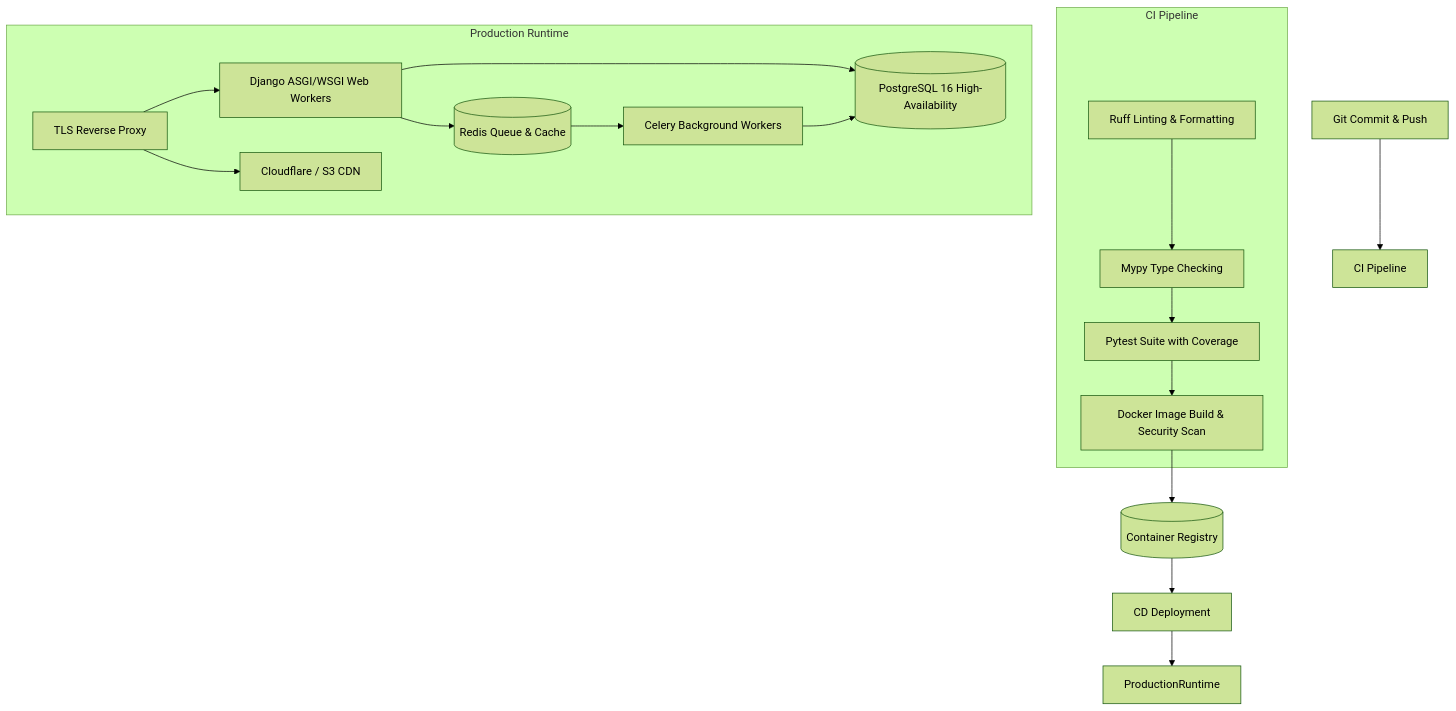
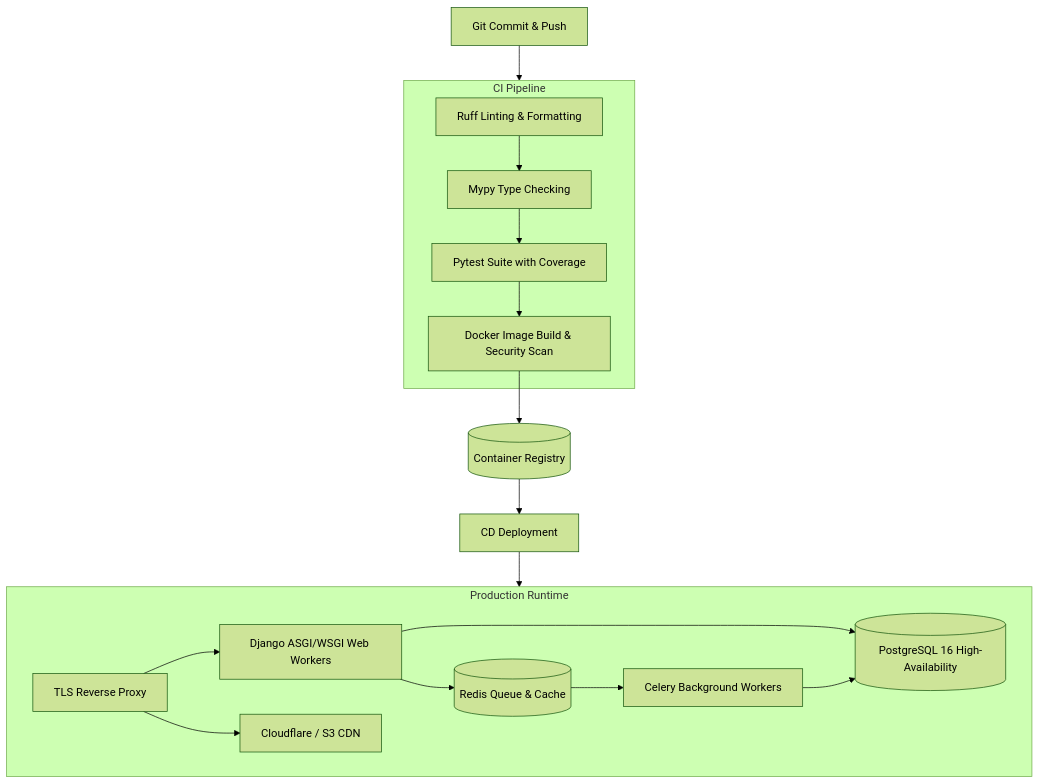
One commit to bendeze/portfolio-frontend changed the eighth of 8 diagrams in content/articles/2026/django-application-design-from-requirements-to-production.md. Above: the diagram before and after it, drawn with Mermaid (forest theme). The commit also changed other lines of this file and 4 other files, not shown here.

Commit message:
fix(diagrams): preserve newlines from syntax highlighter AST and fix diagram rendering

````diff
--- a/content/articles/2026/django-application-design-from-requirements-to-production.md
+++ b/content/articles/2026/django-application-design-from-requirements-to-production.md
@@ -437,24 +439,24 @@
 ```mermaid
 flowchart TD
-    GitPush[Git Commit & Push] --> CI[CI Pipeline]
+    GitPush[Git Commit & Push] --> CIPipeline
     
-    subgraph CI Pipeline
+    subgraph CIPipeline ["CI Pipeline"]
         L1[Ruff Linting & Formatting] --> L2[Mypy Type Checking]
         L2 --> L3[Pytest Suite with Coverage]
         L3 --> L4[Docker Image Build & Security Scan]
     end
     
     L4 --> Registry[(Container Registry)]
     Registry --> CD[CD Deployment]
     
-    subgraph Production Runtime
+    subgraph ProductionRuntime ["Production Runtime"]
         Traefik[TLS Reverse Proxy] --> Web[Django ASGI/WSGI Web Workers]
         Traefik --> Static[Cloudflare / S3 CDN]
         Web --> DB[(PostgreSQL 16 High-Availability)]
         Web --> Redis[(Redis Queue & Cache)]
         Redis --> Workers[Celery Background Workers]
         Workers --> DB
     end
     
     CD --> ProductionRuntime
 ```
````
